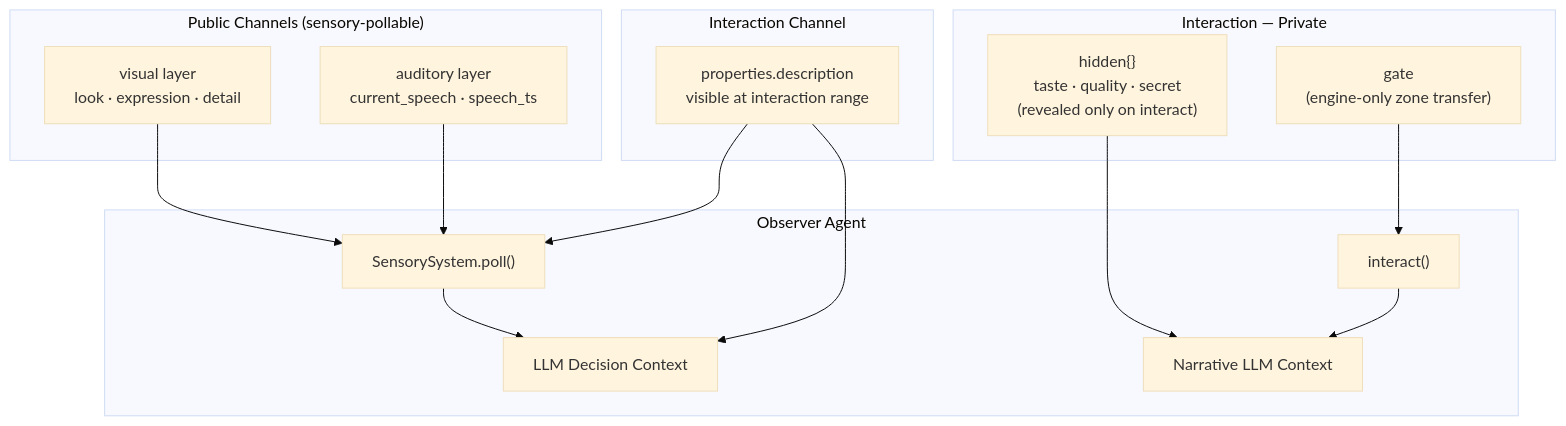
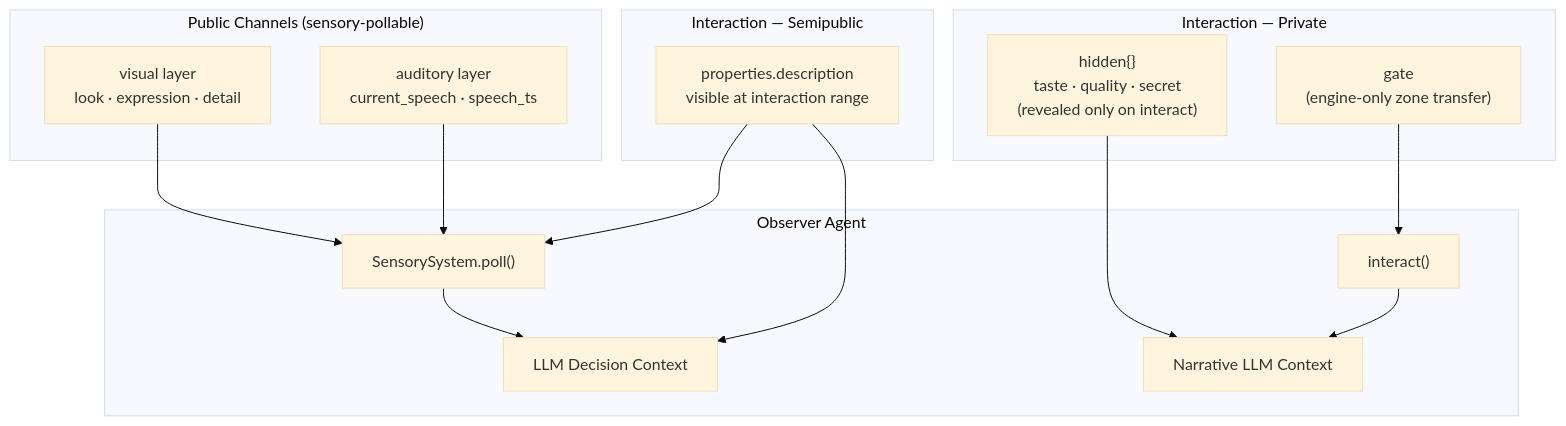
Before and after one commit to flaverse/AgentWorld_Async_UI: the fourth of 6 diagrams in README.md, drawn with Mermaid (base theme). The commit also changed other lines of this file, not shown here.

````diff
--- a/README.md
+++ b/README.md
@@ -152,32 +197,30 @@
 ```mermaid
 flowchart TB
     subgraph Public["Public Channels (sensory-pollable)"]
         v["visual layer<br/>look · expression · detail"]
         aud["auditory layer<br/>current_speech · speech_ts"]
     end
 
-    subgraph SemiPublic["Interaction Channel"]
+    subgraph SemiPublic["Interaction — Semipublic"]
         i_pub["properties.description<br/>visible at interaction range"]
     end
 
     subgraph Private["Interaction — Private"]
         i_priv["hidden{}<br/>taste · quality · secret<br/>(revealed only on interact)"]
         i_gate["gate<br/>(engine-only zone transfer)"]
     end
 
     subgraph Observer["Observer Agent"]
         sensory["SensorySystem.poll()"]
         prompt["LLM Decision Context"]
         interact["interact()"]
         narrative["Narrative LLM Context"]
     end
 
-    v --> sensory
-    aud --> sensory
+    v --> sensory; aud --> sensory
     sensory --> prompt
-    i_pub --> sensory
-    i_pub --> prompt
+    i_pub --> sensory; i_pub --> prompt
     i_priv --> narrative
     i_gate --> interact
     interact --> narrative
 ```
````
